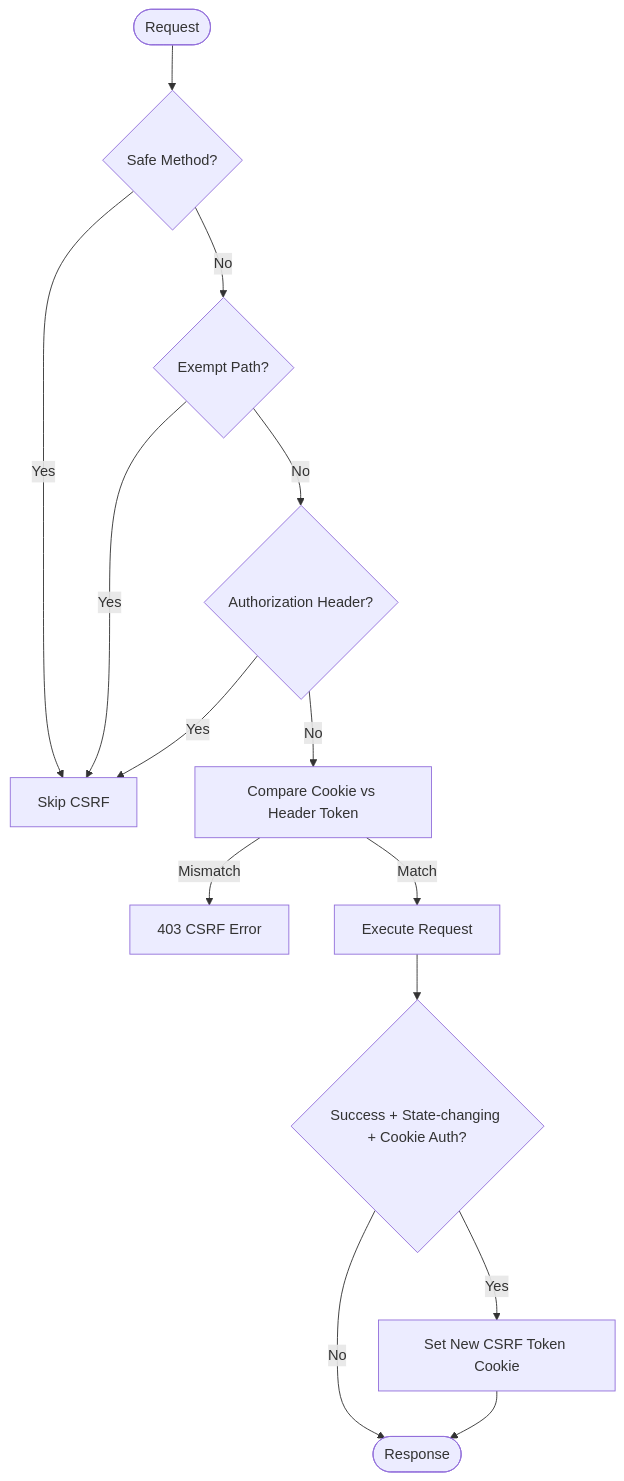
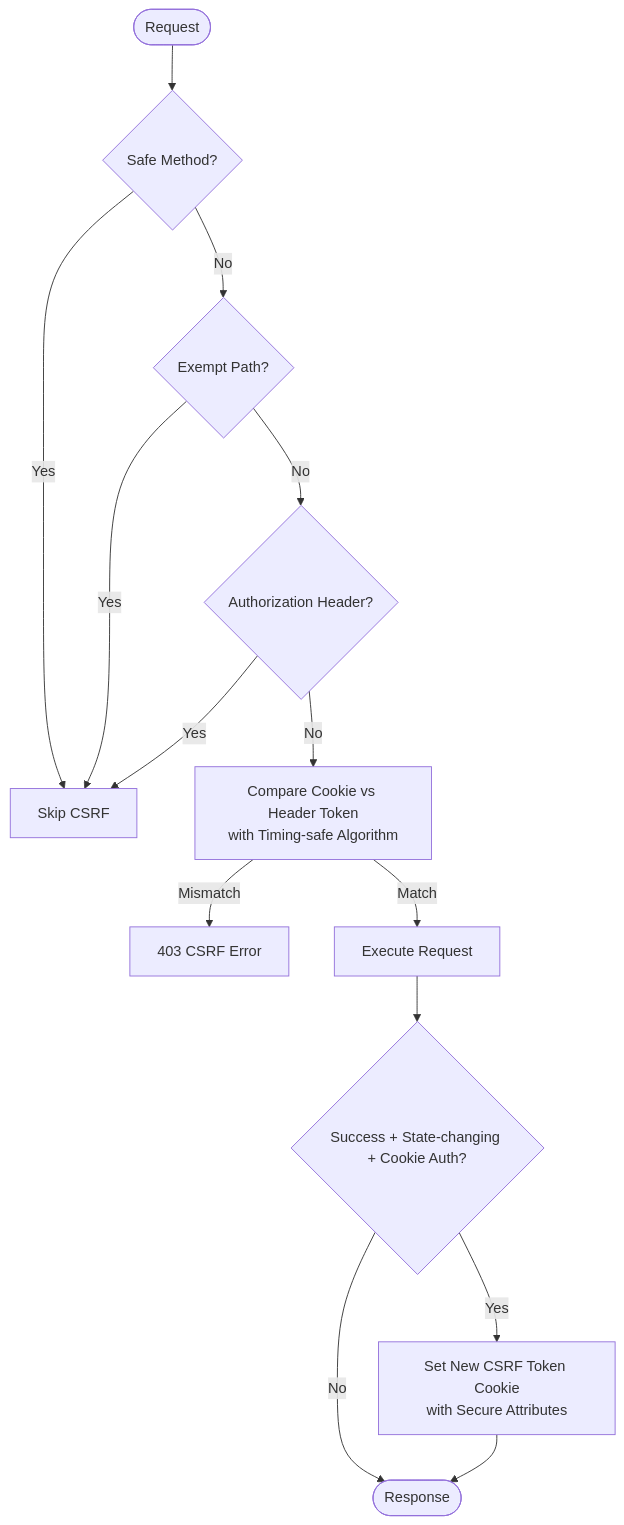
Before and after one commit to Revanththetalogics/aireume: the ninth of 11 diagrams in .qoder/repowiki/en/content/Advanced Topics/Enterprise Security and Compliance.md, drawn with Mermaid. The commit also changed other lines of this file and 15 other files, not shown here.

````diff
--- a/.qoder/repowiki/en/content/Advanced Topics/Enterprise Security and Compliance.md
+++ b/.qoder/repowiki/en/content/Advanced Topics/Enterprise Security and Compliance.md
@@ -574,16 +593,16 @@
 ```mermaid
 flowchart TD
 Start([Request]) --> MethodCheck{"Safe Method?"}
 MethodCheck --> |Yes| Next1["Skip CSRF"]
 MethodCheck --> |No| PathExempt{"Exempt Path?"}
 PathExempt --> |Yes| Next1
 PathExempt --> |No| AuthHeader{"Authorization Header?"}
 AuthHeader --> |Yes| Next1
-AuthHeader --> |No| TokenCheck["Compare Cookie vs Header Token"]
+AuthHeader --> |No| TokenCheck["Compare Cookie vs Header Token<br/>with Timing-safe Algorithm"]
 TokenCheck --> |Mismatch| Block["403 CSRF Error"]
 TokenCheck --> |Match| Proceed["Execute Request"]
 Proceed --> Rotate{"Success + State-changing + Cookie Auth?"}
-Rotate --> |Yes| SetCookie["Set New CSRF Token Cookie"]
+Rotate --> |Yes| SetCookie["Set New CSRF Token Cookie<br/>with Secure Attributes"]
 Rotate --> |No| End([Response])
 SetCookie --> End
 ```
````
